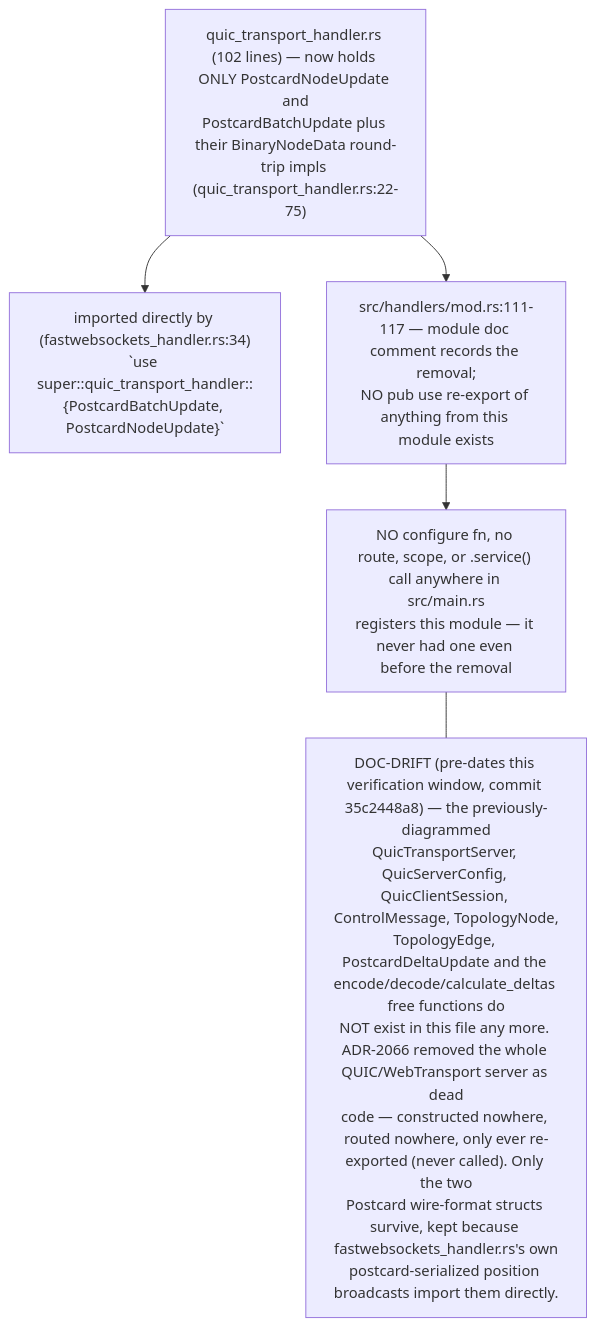
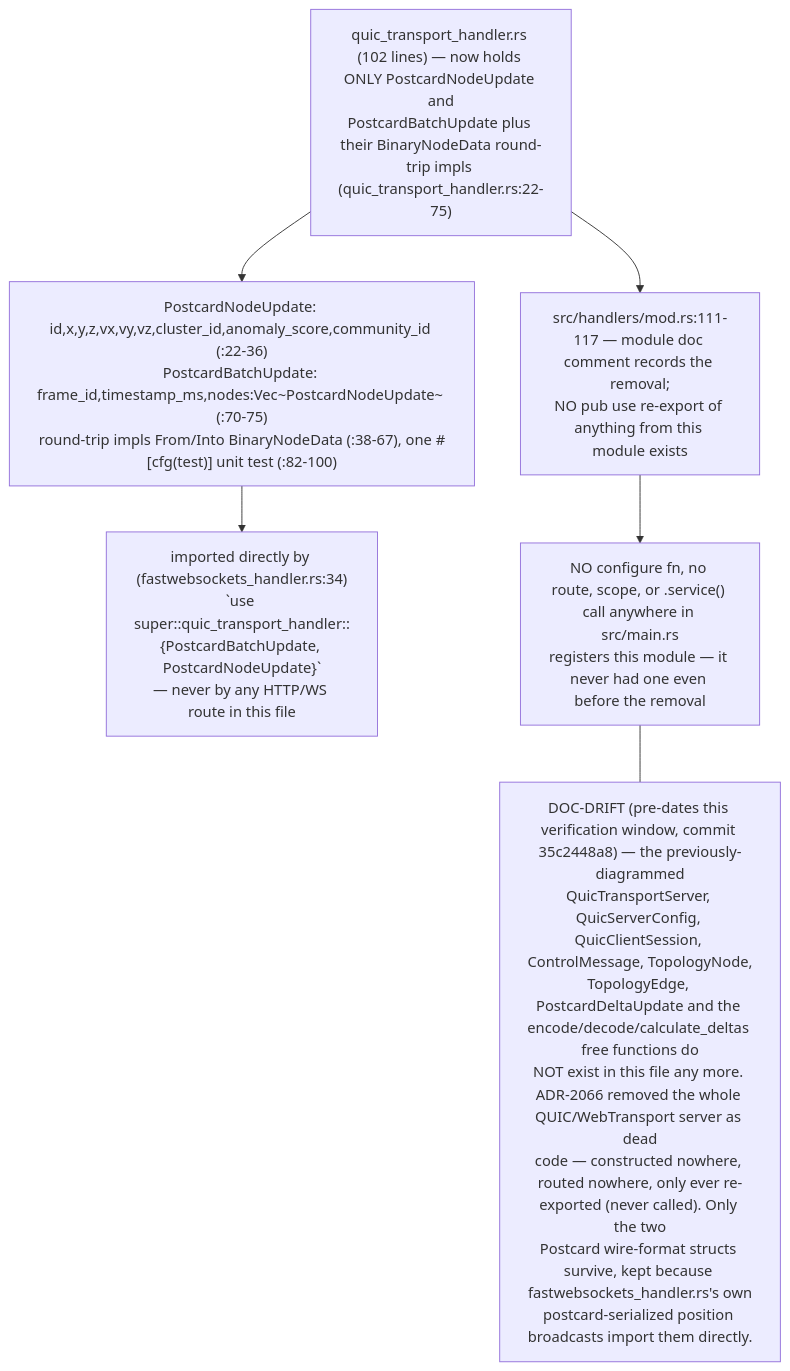
Diagram 24 of 24 in docs/diagrams/visionclaw/04-handlers-graph-and-state.md (DreamLab-AI/VisionFlow), drawn with Mermaid before and after one commit. The commit also changed other lines of this file and 136 other files, not shown here.

First line of the commit message:
docs(diagrams): refresh the whole corpus to code HEAD and prune low-value diagrams

````diff
--- a/docs/diagrams/visionclaw/04-handlers-graph-and-state.md
+++ b/docs/diagrams/visionclaw/04-handlers-graph-and-state.md
@@ -1224,11 +1064,12 @@
 ```mermaid
 flowchart TB
     Q["quic_transport_handler.rs (102 lines) — now holds ONLY PostcardNodeUpdate and<br/>PostcardBatchUpdate plus their BinaryNodeData round-trip impls (quic_transport_handler.rs:22-75)"]
-    IMP["imported directly by (fastwebsockets_handler.rs:34)<br/>`use super::quic_transport_handler::{PostcardBatchUpdate, PostcardNodeUpdate}`"]
+    FIELDS["PostcardNodeUpdate: id,x,y,z,vx,vy,vz,cluster_id,anomaly_score,community_id (:22-36)<br/>PostcardBatchUpdate: frame_id,timestamp_ms,nodes:Vec~PostcardNodeUpdate~ (:70-75)<br/>round-trip impls From/Into BinaryNodeData (:38-67), one #[cfg(test)] unit test (:82-100)"]
+    IMP["imported directly by (fastwebsockets_handler.rs:34)<br/>`use super::quic_transport_handler::{PostcardBatchUpdate, PostcardNodeUpdate}`<br/>— never by any HTTP/WS route in this file"]
     MODRS["src/handlers/mod.rs:111-117 — module doc comment records the removal;<br/>NO pub use re-export of anything from this module exists"]
     NONE["NO configure fn, no route, scope, or .service() call anywhere in src/main.rs<br/>registers this module — it never had one even before the removal"]
-    Q --> IMP
+    Q --> FIELDS --> IMP
     Q --> MODRS --> NONE
     D1["DOC-DRIFT (pre-dates this verification window, commit 35c2448a8) — the previously-diagrammed<br/>QuicTransportServer, QuicServerConfig, QuicClientSession, ControlMessage, TopologyNode,<br/>TopologyEdge, PostcardDeltaUpdate and the encode/decode/calculate_deltas free functions do<br/>NOT exist in this file any more. ADR-2066 removed the whole QUIC/WebTransport server as dead<br/>code — constructed nowhere, routed nowhere, only ever re-exported (never called). Only the two<br/>Postcard wire-format structs survive, kept because fastwebsockets_handler.rs's own<br/>postcard-serialized position broadcasts import them directly."]
     NONE --- D1
 ```
````
